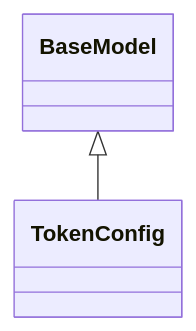
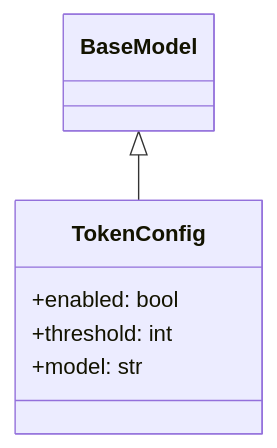
Before and after one commit to Brunvelop/autocode: the fourth of 15 diagrams in design/autocode/api/models_items.md, drawn with Mermaid. The commit also changed other lines of this file and 8 other files, not shown here.

````diff
--- a/design/autocode/api/models_items.md
+++ b/design/autocode/api/models_items.md
@@ -59,7 +71,10 @@
 ```mermaid
 classDiagram
     class TokenConfig {
+        +enabled: bool
+        +threshold: int
+        +model: str
     }
     BaseModel <|-- TokenConfig
 
 ```
````
